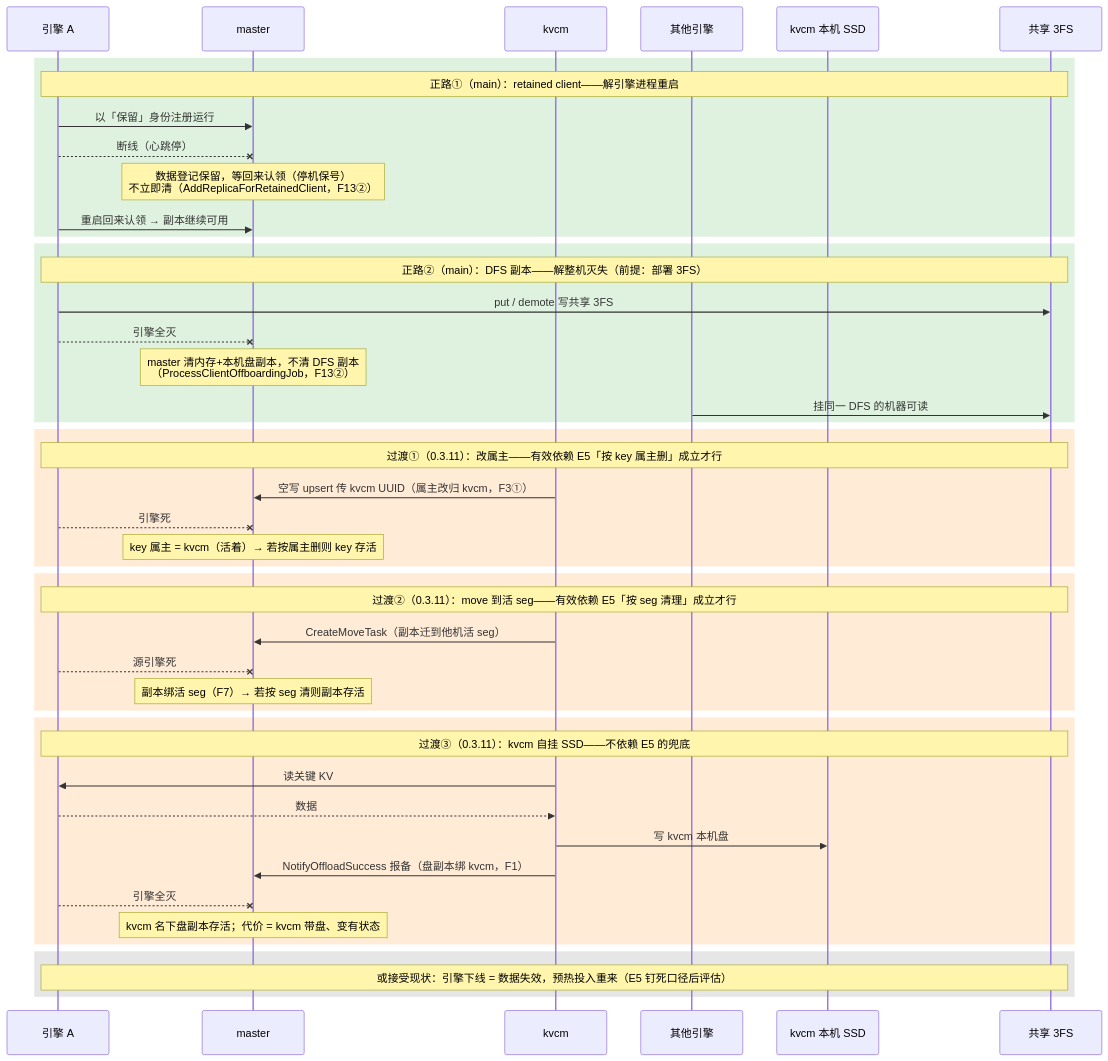
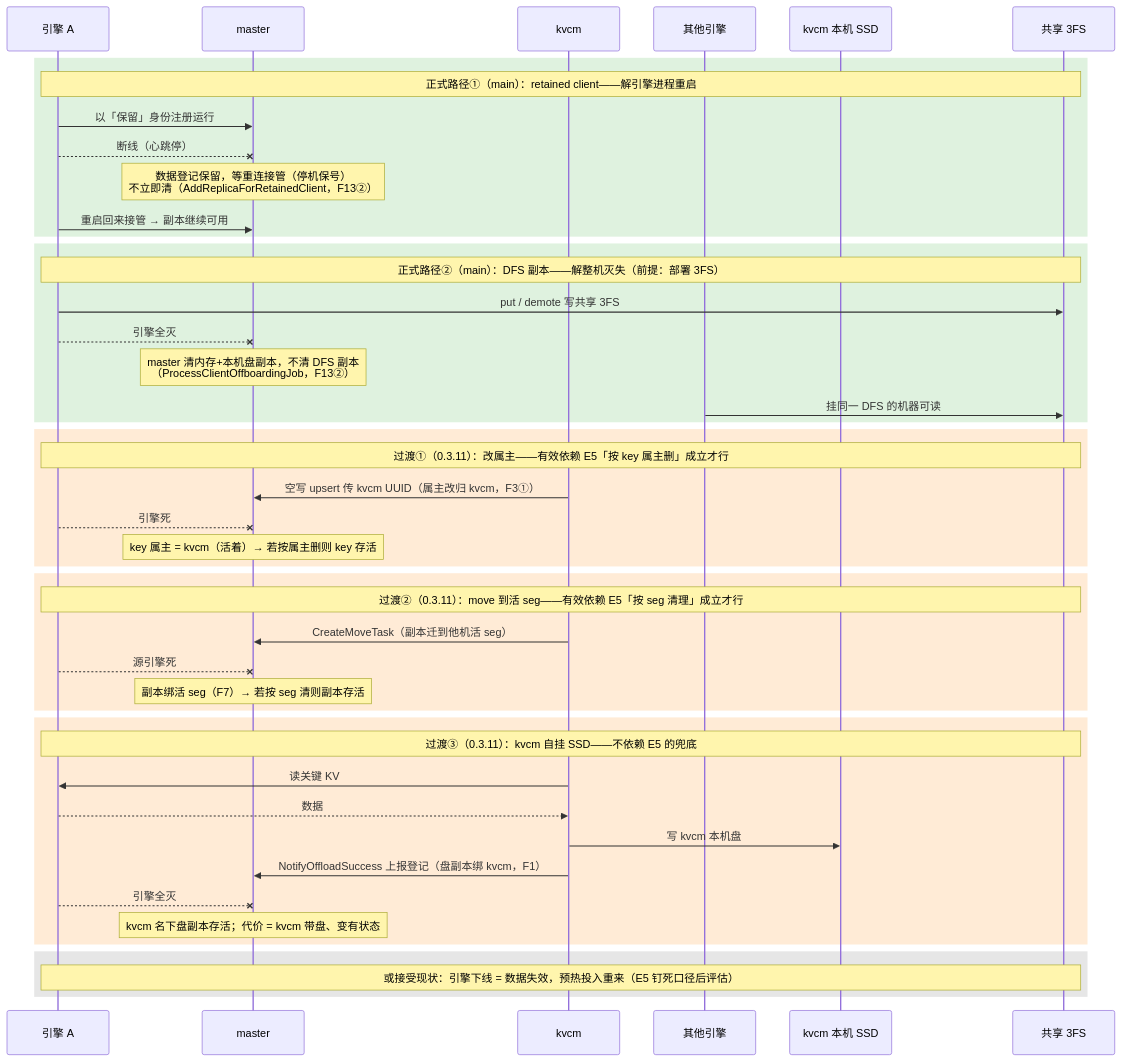
One commit to 5x8-40/lake changed the eighth of 10 diagrams in kvcm/D2-kv-operations.md. Above: the diagram before and after it, drawn with Mermaid. The commit also changed other lines of this file and 2 other files, not shown here.

First line of the commit message:
docs(kvcm): 清理 PR 改动中的黑话表述

````diff
--- a/kvcm/D2-kv-operations.md
+++ b/kvcm/D2-kv-operations.md
@@ -545,53 +545,53 @@
 ```mermaid
 sequenceDiagram
     participant E as 引擎 A
     participant M as master
     participant K as kvcm
     participant B as 其他引擎
     participant KS as kvcm 本机 SSD
     participant DFS as 共享 3FS
 
     rect rgb(223, 242, 223)
-    Note over E,DFS: 正路①（main）：retained client——解引擎进程重启
+    Note over E,DFS: 正式路径①（main）：retained client——解引擎进程重启
     E->>M: 以「保留」身份注册运行
     E--xM: 断线（心跳停）
-    Note over M: 数据登记保留，等回来认领（停机保号）<br/>不立即清（AddReplicaForRetainedClient，F13②）
-    E->>M: 重启回来认领 → 副本继续可用
+    Note over M: 数据登记保留，等重连接管（停机保号）<br/>不立即清（AddReplicaForRetainedClient，F13②）
+    E->>M: 重启回来接管 → 副本继续可用
     end
 
     rect rgb(223, 242, 223)
-    Note over E,DFS: 正路②（main）：DFS 副本——解整机灭失（前提：部署 3FS）
+    Note over E,DFS: 正式路径②（main）：DFS 副本——解整机灭失（前提：部署 3FS）
     E->>DFS: put / demote 写共享 3FS
     E--xM: 引擎全灭
     Note over M: master 清内存+本机盘副本，不清 DFS 副本<br/>（ProcessClientOffboardingJob，F13②）
     B->>DFS: 挂同一 DFS 的机器可读
     end
 
     rect rgb(255, 235, 214)
     Note over E,DFS: 过渡①（0.3.11）：改属主——有效依赖 E5「按 key 属主删」成立才行
     K->>M: 空写 upsert 传 kvcm UUID（属主改归 kvcm，F3①）
     E--xM: 引擎死
     Note over M: key 属主 = kvcm（活着）→ 若按属主删则 key 存活
     end
 
     rect rgb(255, 235, 214)
     Note over E,DFS: 过渡②（0.3.11）：move 到活 seg——有效依赖 E5「按 seg 清理」成立才行
     K->>M: CreateMoveTask（副本迁到他机活 seg）
     E--xM: 源引擎死
     Note over M: 副本绑活 seg（F7）→ 若按 seg 清则副本存活
     end
 
     rect rgb(255, 235, 214)
     Note over E,DFS: 过渡③（0.3.11）：kvcm 自挂 SSD——不依赖 E5 的兜底
     K->>E: 读关键 KV
     E-->>K: 数据
     K->>KS: 写 kvcm 本机盘
-    K->>M: NotifyOffloadSuccess 报备（盘副本绑 kvcm，F1）
+    K->>M: NotifyOffloadSuccess 上报登记（盘副本绑 kvcm，F1）
     E--xM: 引擎全灭
     Note over M: kvcm 名下盘副本存活；代价 = kvcm 带盘、变有状态
     end
 
     rect rgb(230, 230, 230)
     Note over E,DFS: 或接受现状：引擎下线 = 数据失效，预热投入重来（E5 钉死口径后评估）
     end
 ```
````
